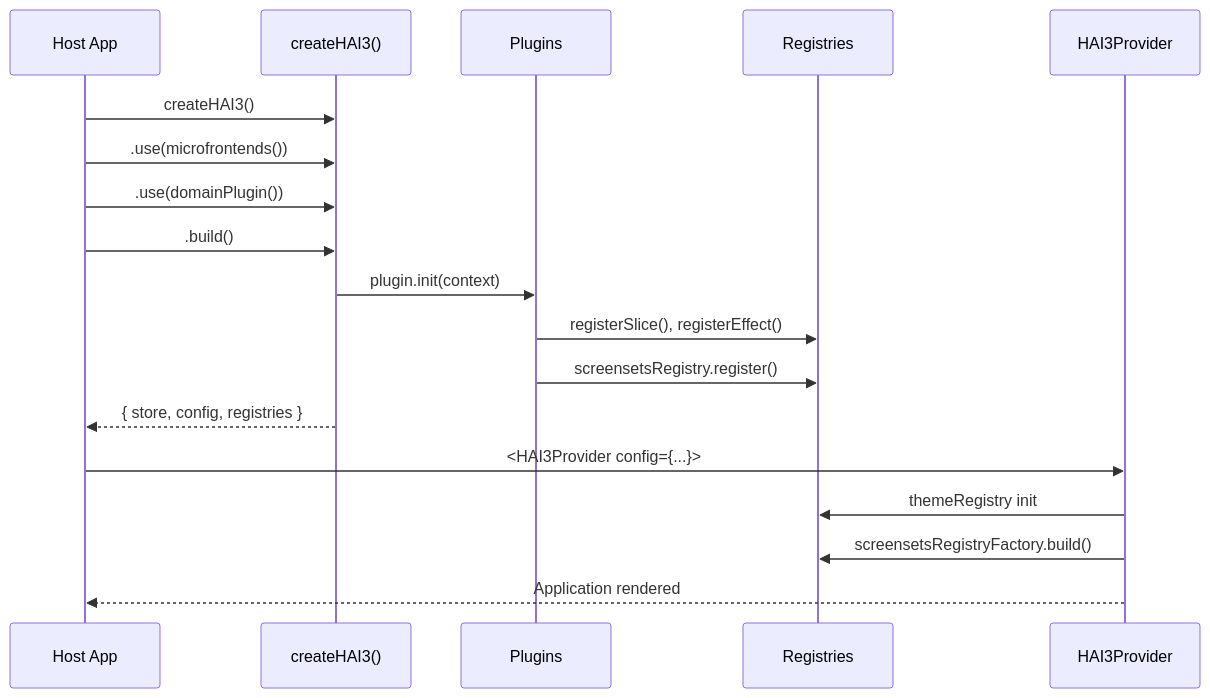
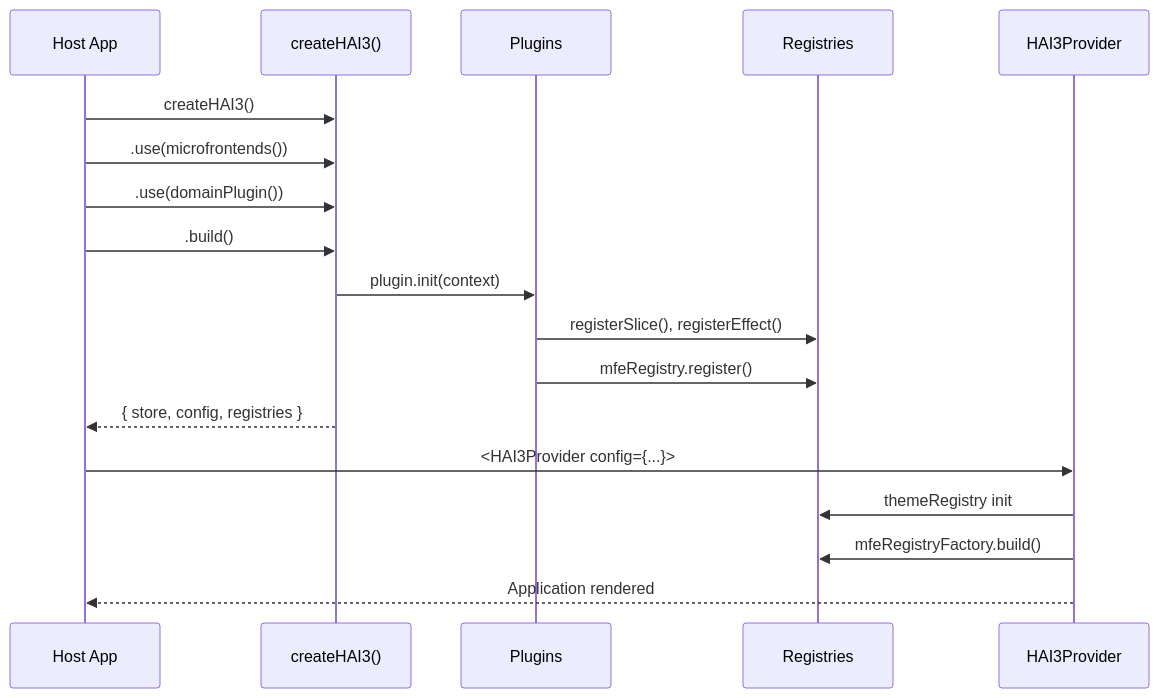
One commit to cyberfabric/frontx changed the first of 7 diagrams in architecture/DESIGN.md. Above: the diagram before and after it, drawn with Mermaid. The commit also changed other lines of this file and 106 other files, not shown here.

First line of the commit message:
refactor: rename ScreensetsRegistry to MfeRegistry

````diff
--- a/architecture/DESIGN.md
+++ b/architecture/DESIGN.md
@@ -914,21 +931,21 @@
 ```mermaid
 sequenceDiagram
     participant App as Host App
     participant Builder as createHAI3()
     participant Plugin as Plugins
     participant Registry as Registries
     participant Provider as HAI3Provider
 
     App->>Builder: createHAI3()
     App->>Builder: .use(microfrontends())
     App->>Builder: .use(domainPlugin())
     App->>Builder: .build()
     Builder->>Plugin: plugin.init(context)
     Plugin->>Registry: registerSlice(), registerEffect()
-    Plugin->>Registry: screensetsRegistry.register()
+    Plugin->>Registry: mfeRegistry.register()
     Builder-->>App: { store, config, registries }
     App->>Provider: <HAI3Provider config={...}>
     Provider->>Registry: themeRegistry init
-    Provider->>Registry: screensetsRegistryFactory.build()
+    Provider->>Registry: mfeRegistryFactory.build()
     Provider-->>App: Application rendered
 ```
````
